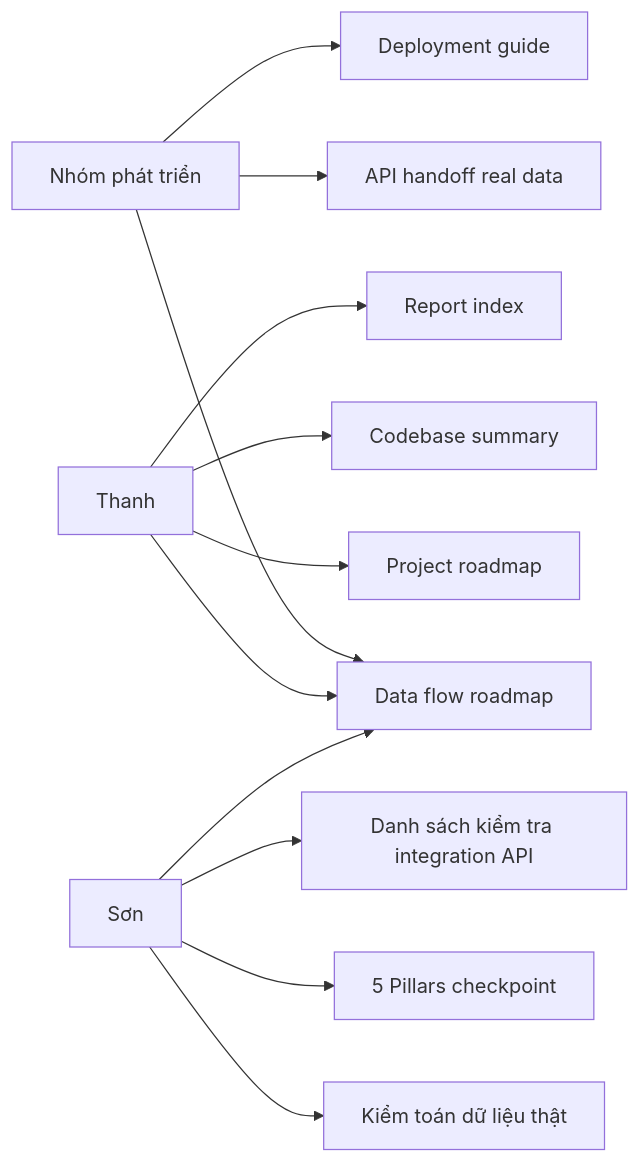
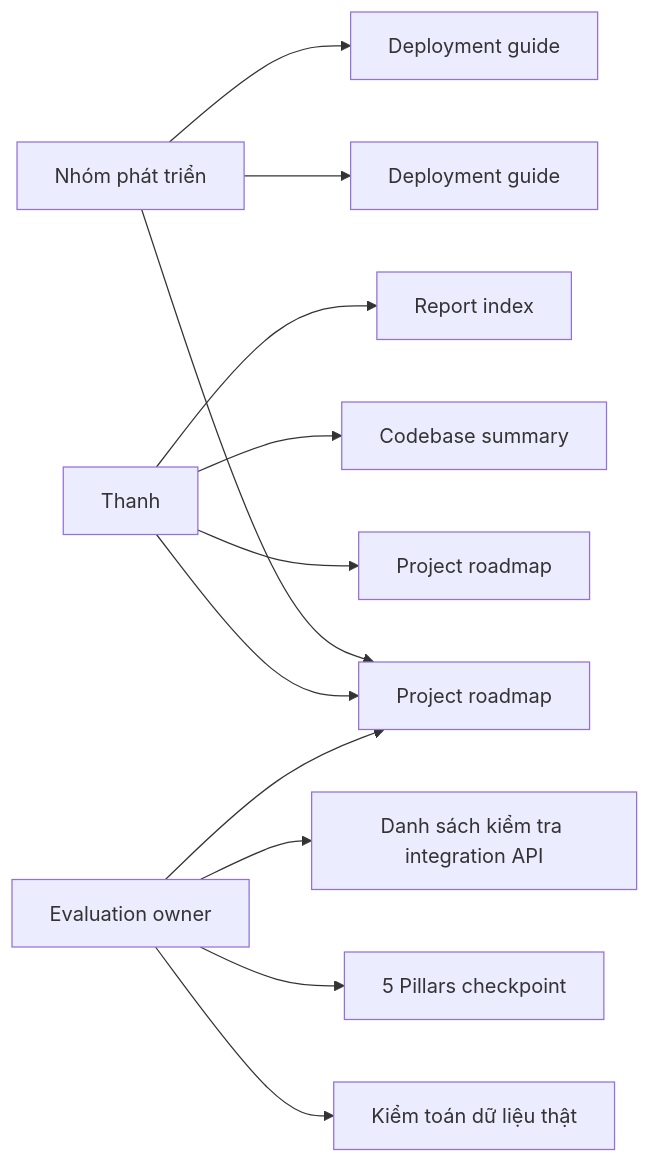
One commit to uit-25730067-chithanh/AI002-Team22-DT10 changed the second of 2 diagrams in docs/README.md. Above: the diagram before and after it, drawn with Mermaid. The commit also changed other lines of this file and 21 other files, not shown here.

````diff
--- a/docs/README.md
+++ b/docs/README.md
@@ -55,16 +52,16 @@
 ```mermaid
 flowchart LR
-    A[Nhóm phát triển] --> B[Data flow roadmap]
-    A --> C[API handoff real data]
+    A[Nhóm phát triển] --> B[Project roadmap]
+    A --> C[Deployment guide]
     A --> D[Deployment guide]
 
     E[Thanh] --> B
     E --> F[Project roadmap]
     E --> G[Codebase summary]
     E --> L[Report index]
 
-    H[Sơn] --> B
+    H[Evaluation owner] --> B
     H --> I[Kiểm toán dữ liệu thật]
     H --> J[5 Pillars checkpoint]
     H --> K[Danh sách kiểm tra integration API]
 ```
````
